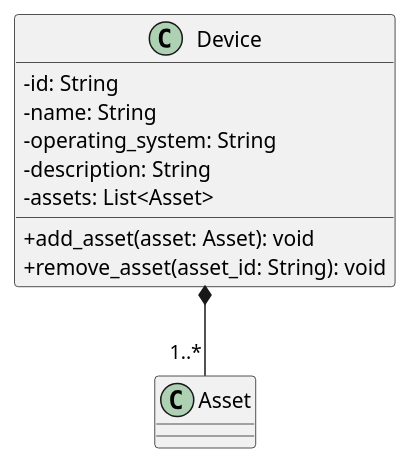
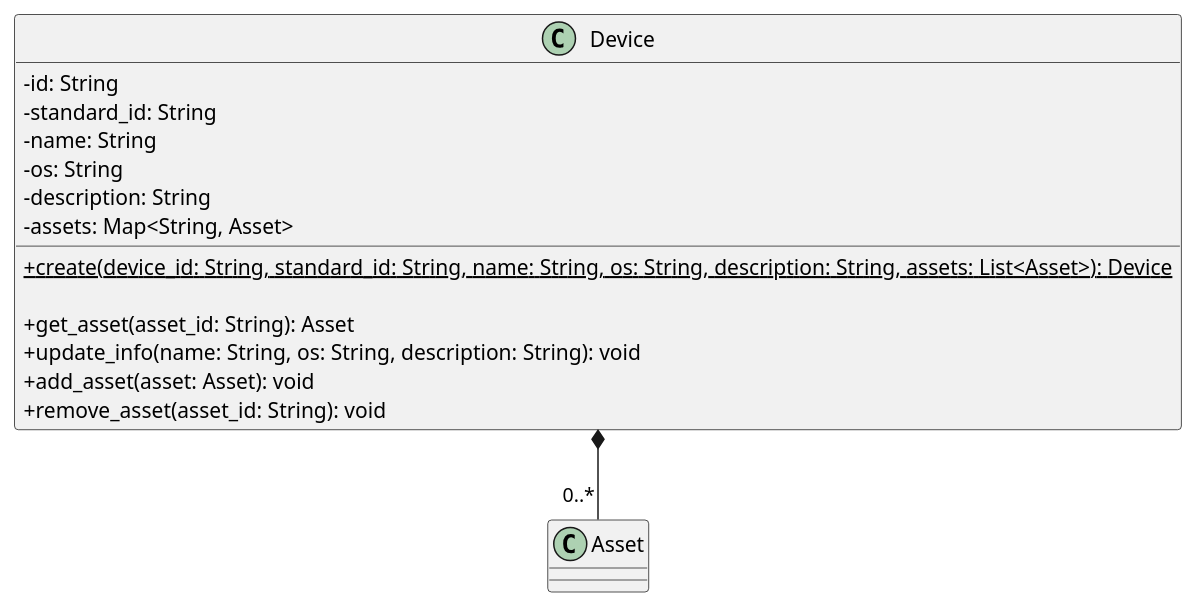
One commit to GroupRubberDuck/Documentazione changed the diagram in src/PB/DocumentazioneEsterna/Specifica_Tecnica/content/uml/puml/Diagrammi_classi/Backend/Domain/Device.puml. Above: the diagram before and after it, drawn with PlantUML. The commit also changed 24 other files, not shown here.

```diff
--- a/src/PB/DocumentazioneEsterna/Specifica_Tecnica/content/uml/puml/Diagrammi_classi/Backend/Domain/Device.puml
+++ b/src/PB/DocumentazioneEsterna/Specifica_Tecnica/content/uml/puml/Diagrammi_classi/Backend/Domain/Device.puml
@@ -1,18 +1,23 @@
 @startuml Device
 skinparam linetype ortho
 skinparam classAttributeIconSize 0
 
 class Device {
     - id: String
+    - standard_id: String
     - name: String
-    - operating_system: String
+    - os: String
     - description: String
-    - assets: List<Asset>
+    - assets: Map<String, Asset>
 
+    + {static} create(device_id: String, standard_id: String, name: String, os: String, description: String, assets: List<Asset>): Device
+    
+    + get_asset(asset_id: String): Asset
+    + update_info(name: String, os: String, description: String): void
     + add_asset(asset: Asset): void
     + remove_asset(asset_id: String): void
 }
 
-Device *-- "1..*" Asset
+Device *-- "0..*" Asset
 
 @enduml
```
